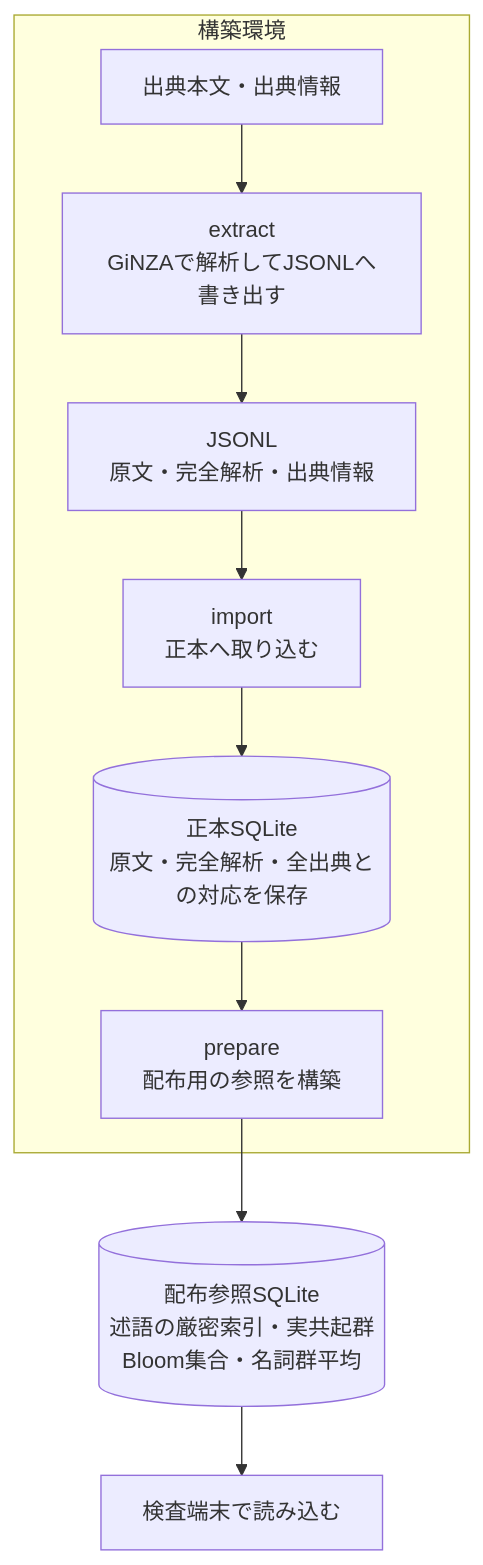
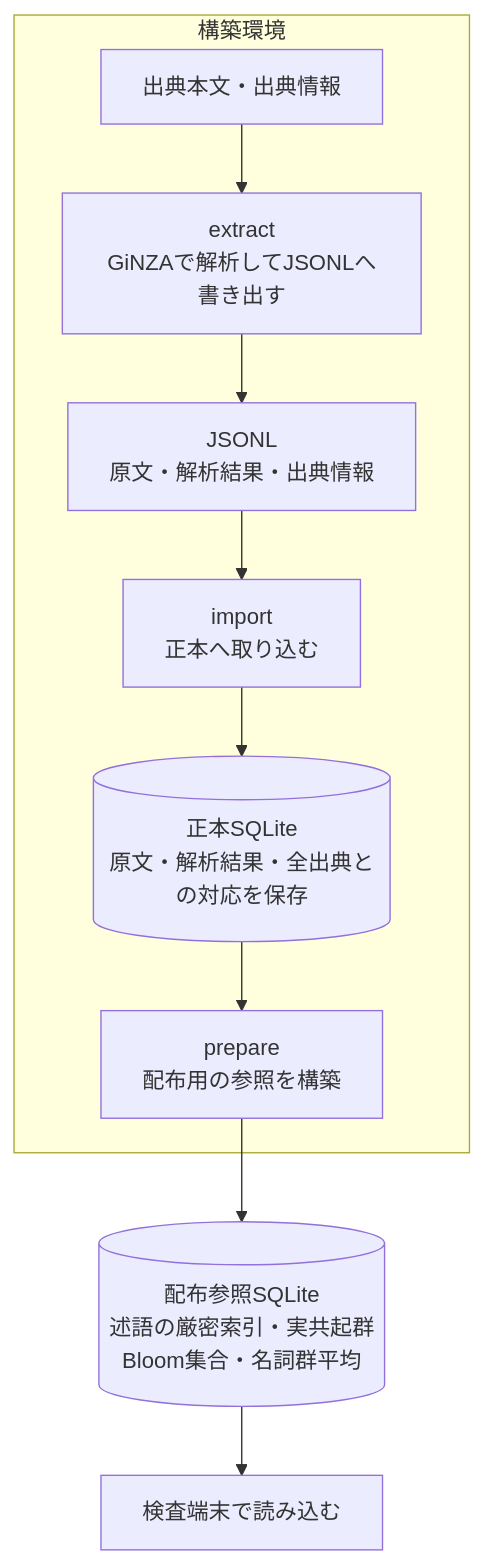
The second of 2 diagrams in docs/design/architecture.md (karin0624/use-native-japanese), drawn with Mermaid before and after one commit. The commit also changed other lines of this file and 19 other files, not shown here.

````diff
--- a/docs/design/architecture.md
+++ b/docs/design/architecture.md
@@ -37,12 +37,12 @@
 ```mermaid
 flowchart TB
     subgraph build["構築環境"]
         source["出典本文・出典情報"] --> extract["extract<br/>GiNZAで解析してJSONLへ書き出す"]
-        extract --> records["JSONL<br/>原文・完全解析・出典情報"]
+        extract --> records["JSONL<br/>原文・解析結果・出典情報"]
         records --> import["import<br/>正本へ取り込む"]
-        import --> master[("正本SQLite<br/>原文・完全解析・全出典との対応を保存")]
+        import --> master[("正本SQLite<br/>原文・解析結果・全出典との対応を保存")]
         master --> prepare["prepare<br/>配布用の参照を構築"]
     end
     prepare --> reference[("配布参照SQLite<br/>述語の厳密索引・実共起群<br/>Bloom集合・名詞群平均")]
     reference --> runtime["検査端末で読み込む"]
 ```
````
